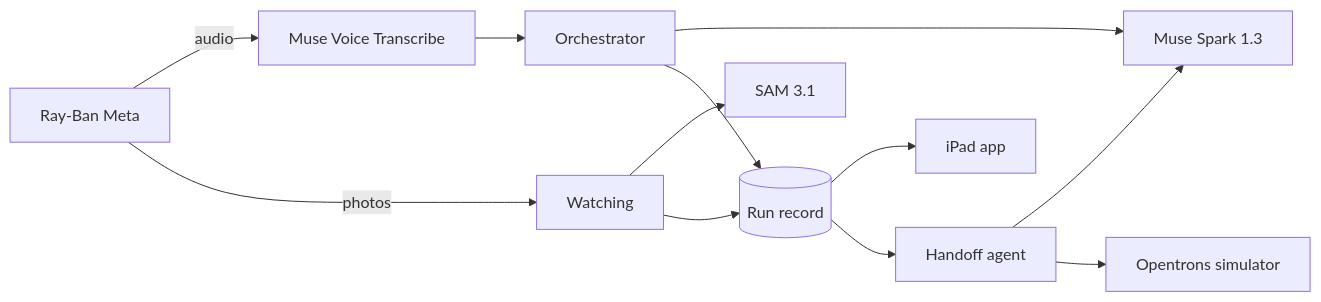
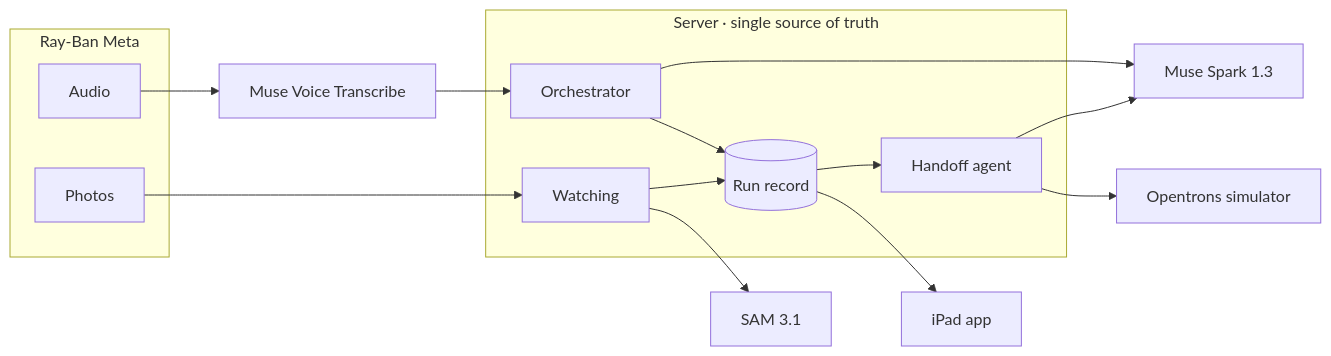
The first of 2 diagrams in README.md (Dongckim/Meta-Global-AI-Developer-Hackathon), drawn with Mermaid before and after one commit. The commit also changed other lines of this file and 4 other files, not shown here.

Commit message:
docs: redesign the readme with stats and loop diagrams

````diff
--- a/README.md
+++ b/README.md
@@ -65,14 +86,21 @@
 ```mermaid
 flowchart LR
-  G[Ray-Ban Meta] -->|audio| V[Muse Voice Transcribe]
-  G -->|photos| W[Watching]
-  V --> O[Orchestrator]
+  subgraph Glasses["Ray-Ban Meta"]
+    A[Audio]
+    P[Photos]
+  end
+  subgraph Server["Server · single source of truth"]
+    O[Orchestrator]
+    W[Watching]
+    R[(Run record)]
+    H[Handoff agent]
+  end
+  A --> V[Muse Voice Transcribe] --> O
+  P --> W --> T[SAM 3.1]
   O --> S[Muse Spark 1.3]
-  W --> T[SAM 3.1]
-  O --> R[(Run record)]
+  O --> R
   W --> R
-  R --> A[iPad app]
-  R --> H[Handoff agent]
-  H --> S
+  R --> I[iPad app]
+  R --> H --> S
   H --> X[Opentrons simulator]
 ```
````
